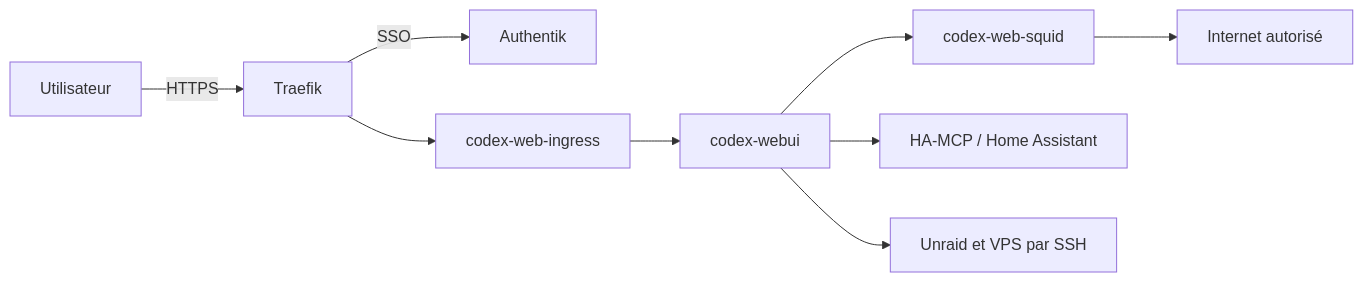
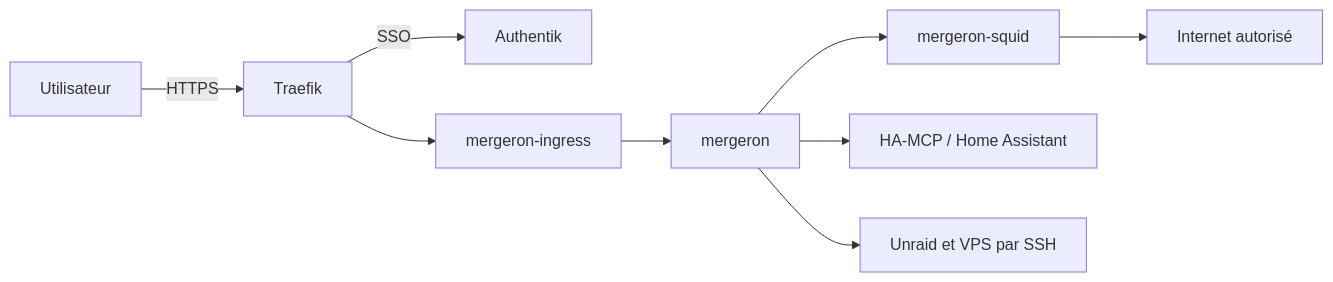
The diagram in README.md (maxhugit/codex-webui-unraid), drawn with Mermaid before and after one commit. The commit also changed other lines of this file and 27 other files, not shown here.

````diff
--- a/README.md
+++ b/README.md
@@ -42,11 +45,11 @@
 ```mermaid
 flowchart LR
     U[Utilisateur] -->|HTTPS| T[Traefik]
     T -->|SSO| A[Authentik]
-    T --> N[codex-web-ingress]
-    N --> C[codex-webui]
-    C --> S[codex-web-squid]
+    T --> N[mergeron-ingress]
+    N --> C[mergeron]
+    C --> S[mergeron-squid]
     S --> I[Internet autorisé]
     C --> H[HA-MCP / Home Assistant]
     C --> X[Unraid et VPS par SSH]
 ```
````
